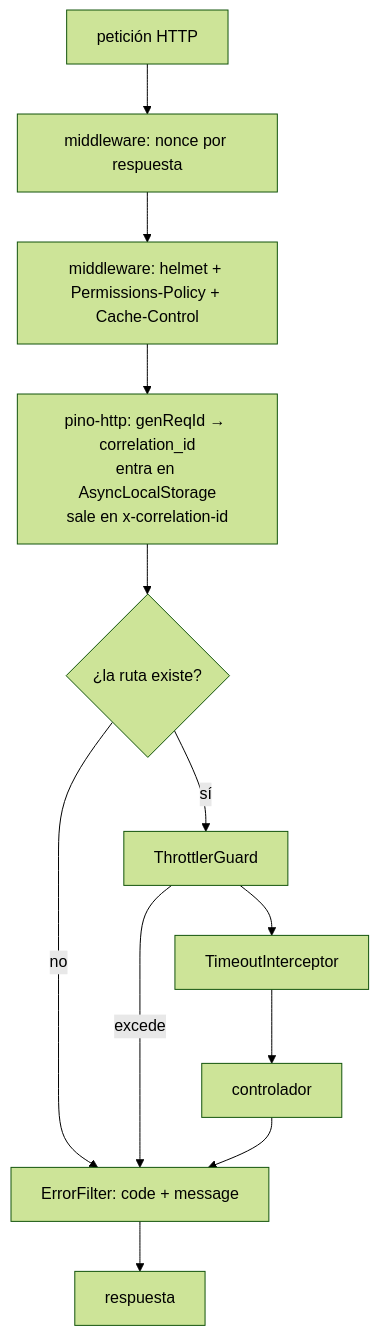
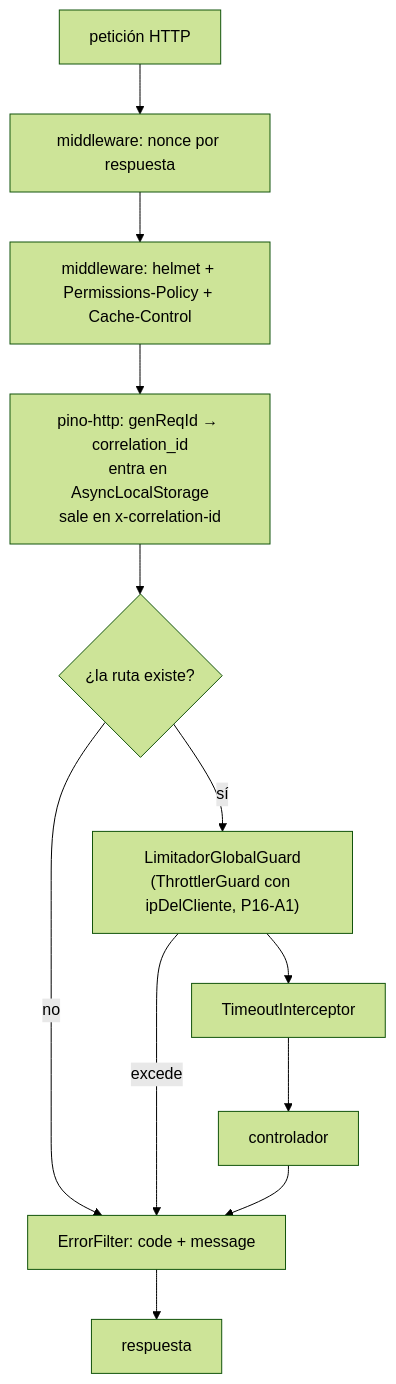
Before and after one commit to 5lander/CommerceKosto: the tenth of 14 diagrams in docs/sistema/FUNCIONAMIENTO.md, drawn with Mermaid (forest theme). The commit also changed other lines of this file and 193 other files, not shown here.

````diff
--- a/docs/sistema/FUNCIONAMIENTO.md
+++ b/docs/sistema/FUNCIONAMIENTO.md
@@ -486,14 +486,14 @@
 ```mermaid
 graph TD
     REQ[petición HTTP] --> NONCE[middleware: nonce por respuesta]
     NONCE --> HDR[middleware: helmet + Permissions-Policy + Cache-Control]
     HDR --> PINO["pino-http: genReqId → correlation_id<br/>entra en AsyncLocalStorage<br/>sale en x-correlation-id"]
     PINO --> ROUTE{¿la ruta existe?}
     ROUTE -->|no| FILT
-    ROUTE -->|sí| GUARD[ThrottlerGuard]
+    ROUTE -->|sí| GUARD["LimitadorGlobalGuard<br/>(ThrottlerGuard con ipDelCliente, P16-A1)"]
     GUARD -->|excede| FILT
     GUARD --> INT[TimeoutInterceptor]
     INT --> CTRL[controlador]
     CTRL --> FILT[ErrorFilter: code + message]
     FILT --> RES[respuesta]
 ```
````
